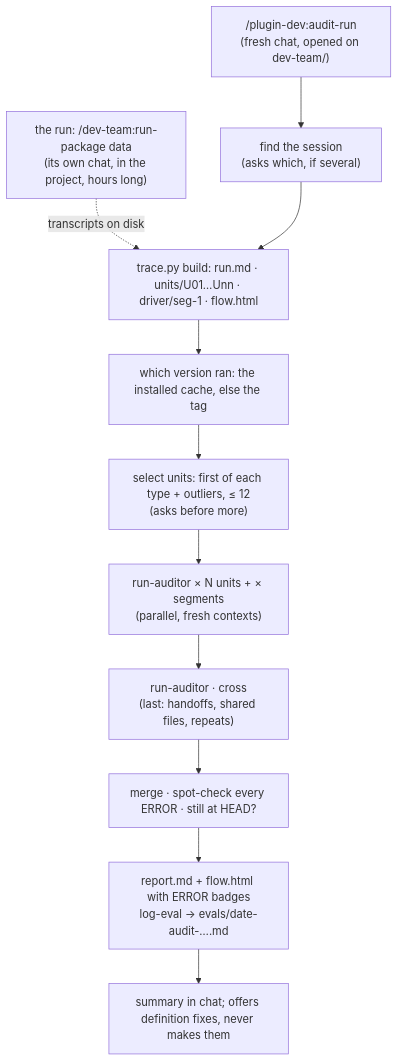
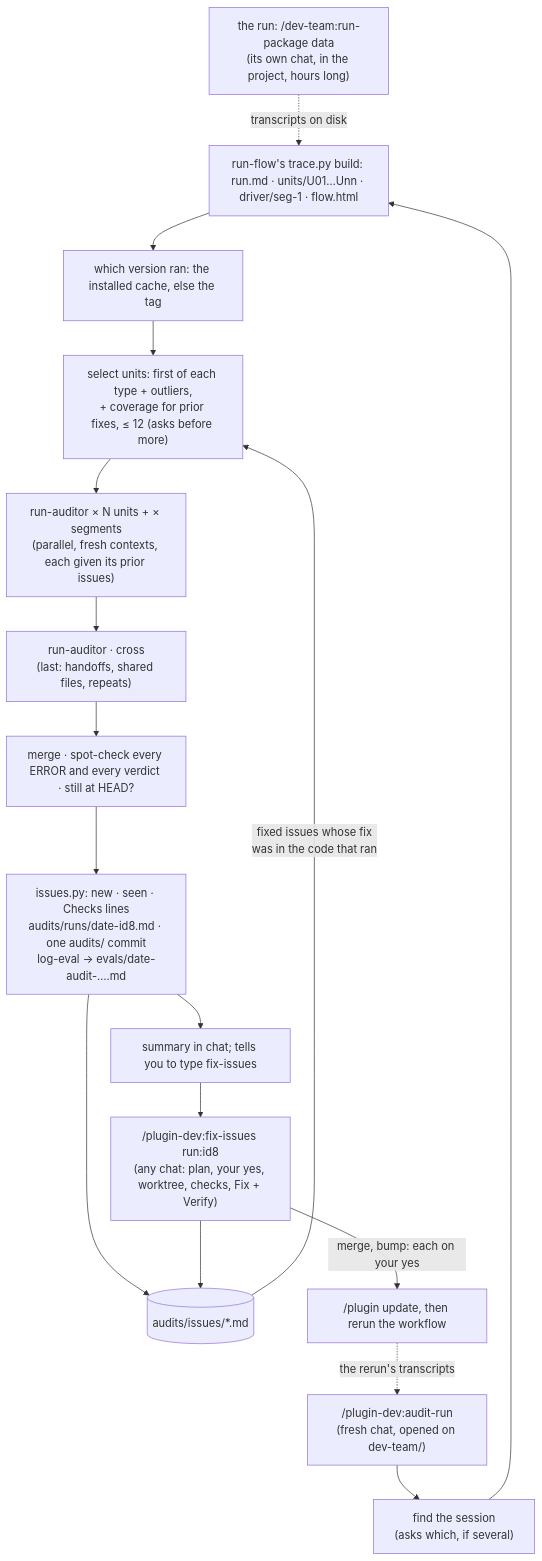
One commit to cott435/cott-plugins changed the diagram in plugin-dev/site/workflows/audit-a-run.md. Above: the diagram before and after it, drawn with Mermaid. The commit also changed other lines of this file and 10 other files, not shown here.

First line of the commit message:
plugin-dev 0.16-audit-ledger (phase 9): docs, changelog, end-to-end evals

````diff
--- a/plugin-dev/site/workflows/audit-a-run.md
+++ b/plugin-dev/site/workflows/audit-a-run.md
@@ -13,13 +17,19 @@
 ```mermaid
 flowchart TD
   R["the run: /dev-team:run-package data<br/>(its own chat, in the project, hours long)"] -.->|transcripts on disk| T
   A["/plugin-dev:audit-run<br/>(fresh chat, opened on dev-team/)"] --> F["find the session<br/>(asks which, if several)"]
-  F --> T["trace.py build: run.md · units/U01…Unn · driver/seg-1 · flow.html"]
+  F --> T["run-flow's trace.py build: run.md · units/U01…Unn · driver/seg-1 · flow.html"]
   T --> V["which version ran: the installed cache, else the tag"]
-  V --> S["select units: first of each type + outliers, ≤ 12<br/>(asks before more)"]
-  S --> P["run-auditor × N units + × segments<br/>(parallel, fresh contexts)"]
+  V --> S["select units: first of each type + outliers,<br/>+ coverage for prior fixes, ≤ 12 (asks before more)"]
+  ISS[("audits/issues/*.md")] -->|"fixed issues whose fix<br/>was in the code that ran"| S
+  S --> P["run-auditor × N units + × segments<br/>(parallel, fresh contexts, each given its prior issues)"]
   P --> X["run-auditor · cross<br/>(last: handoffs, shared files, repeats)"]
-  X --> M["merge · spot-check every ERROR · still at HEAD?"]
-  M --> O["report.md + flow.html with ERROR badges<br/>log-eval → evals/date-audit-….md"]
-  O --> U["summary in chat; offers definition fixes, never makes them"]
+  X --> M["merge · spot-check every ERROR and every verdict · still at HEAD?"]
+  M --> O["issues.py: new · seen · Checks lines<br/>audits/runs/date-id8.md · one audits/ commit<br/>log-eval → evals/date-audit-….md"]
+  O --> ISS
+  O --> U["summary in chat; tells you to type fix-issues"]
+  U --> FI["/plugin-dev:fix-issues run:id8<br/>(any chat: plan, your yes, worktree, checks, Fix + Verify)"]
+  FI --> ISS
+  FI -->|"merge, bump: each on your yes"| UP["/plugin update, then rerun the workflow"]
+  UP -.->|the rerun's transcripts| A
 ```
````
